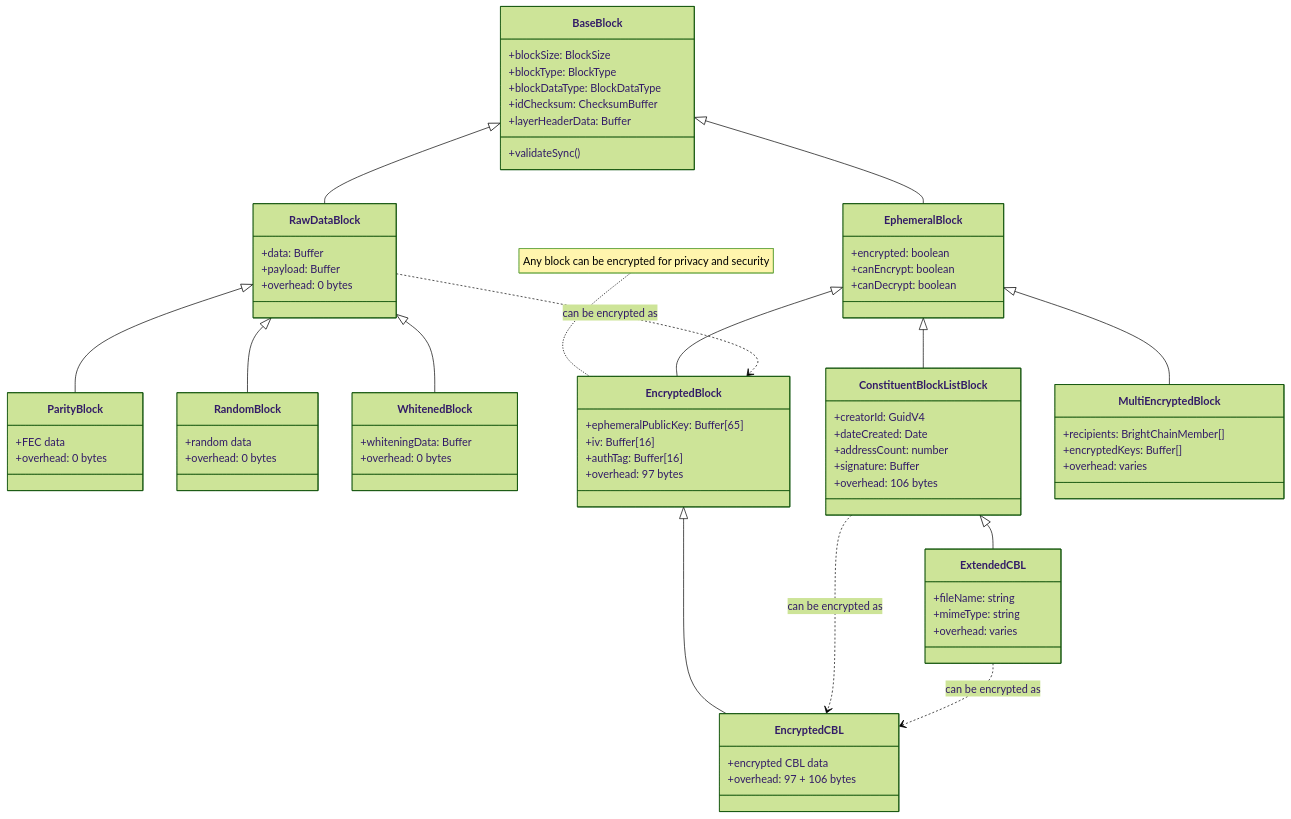
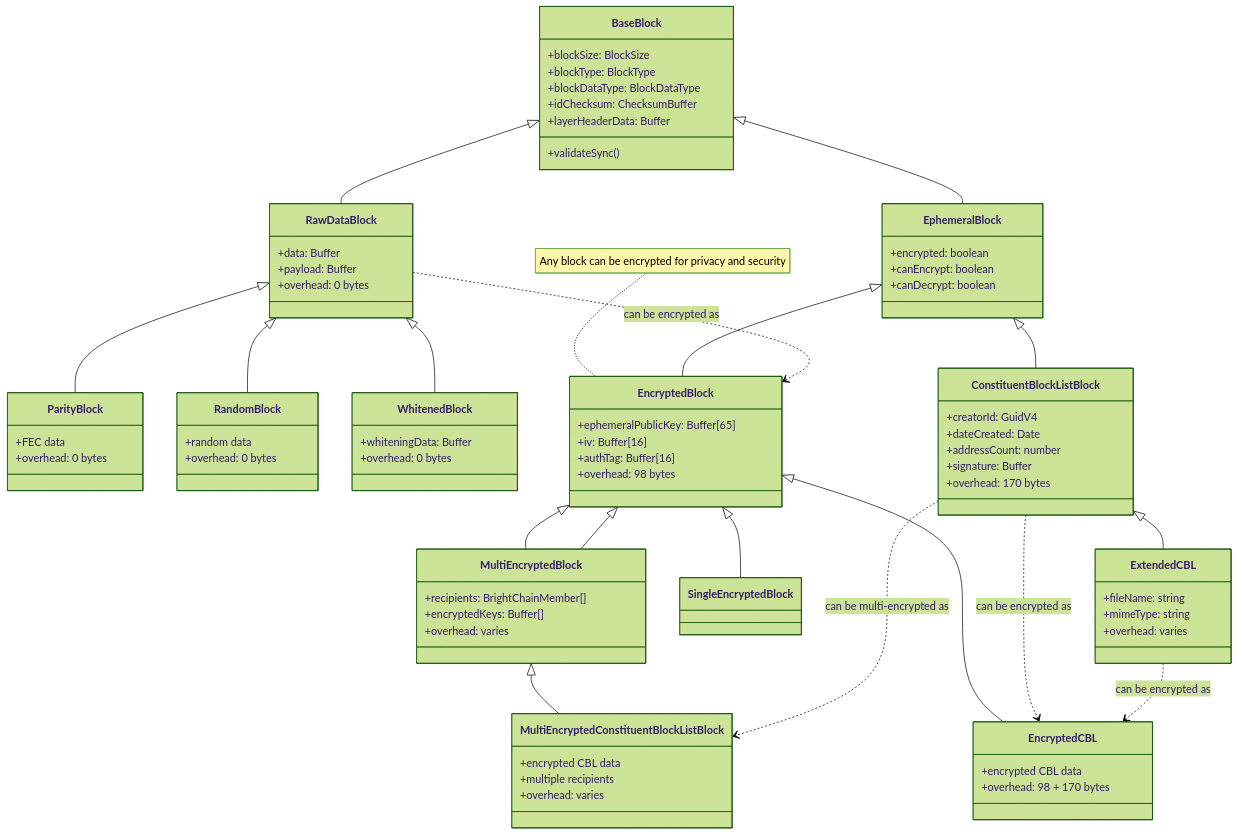
The first of 2 diagrams in docs/blockHierarchy.md (Digital-Defiance/BrightChain), drawn with Mermaid (forest theme) before and after one commit. The commit also changed other lines of this file and 161 other files, not shown here.

```diff
--- a/docs/blockHierarchy.md
+++ b/docs/blockHierarchy.md
@@ -137,12 +155,16 @@
     RawDataBlock <|-- WhitenedBlock
     EphemeralBlock <|-- EncryptedBlock
     EphemeralBlock <|-- ConstituentBlockListBlock
-    EphemeralBlock <|-- MultiEncryptedBlock
+    EncryptedBlock <|-- MultiEncryptedBlock
+    EncryptedBlock <|-- SingleEncryptedBlock
+    EncryptedBlock <|-- MultiEncryptedBlock
     EncryptedBlock <|-- EncryptedCBL
     ConstituentBlockListBlock <|-- ExtendedCBL
+    MultiEncryptedBlock <|-- MultiEncryptedConstituentBlockListBlock
 
     %% Encryption Capabilities
     ConstituentBlockListBlock ..> EncryptedCBL: can be encrypted as
+    ConstituentBlockListBlock ..> MultiEncryptedConstituentBlockListBlock: can be multi-encrypted as
     ExtendedCBL ..> EncryptedCBL: can be encrypted as
     RawDataBlock ..> EncryptedBlock: can be encrypted as
 
@@ -171,7 +193,7 @@
         +ephemeralPublicKey: Buffer[65]
         +iv: Buffer[16]
         +authTag: Buffer[16]
-        +overhead: 97 bytes
+        +overhead: 98 bytes
     }
 
     class ConstituentBlockListBlock {
@@ -179,7 +201,7 @@
         +dateCreated: Date
         +addressCount: number
         +signature: Buffer
-        +overhead: 106 bytes
+        +overhead: 170 bytes
     }
 
     class ExtendedCBL {
@@ -191,6 +213,12 @@
     class MultiEncryptedBlock {
         +recipients: BrightChainMember[]
         +encryptedKeys: Buffer[]
+        +overhead: varies
+    }
+
+    class MultiEncryptedConstituentBlockListBlock {
+        +encrypted CBL data
+        +multiple recipients
         +overhead: varies
     }
 
@@ -211,7 +239,7 @@
 
     class EncryptedCBL {
         +encrypted CBL data
-        +overhead: 97 + 106 bytes
+        +overhead: 98 + 170 bytes
     }
 
     %% Note
```
